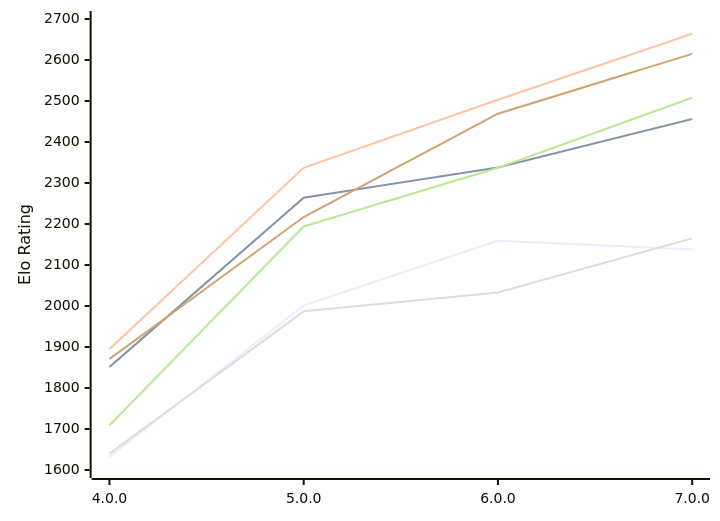
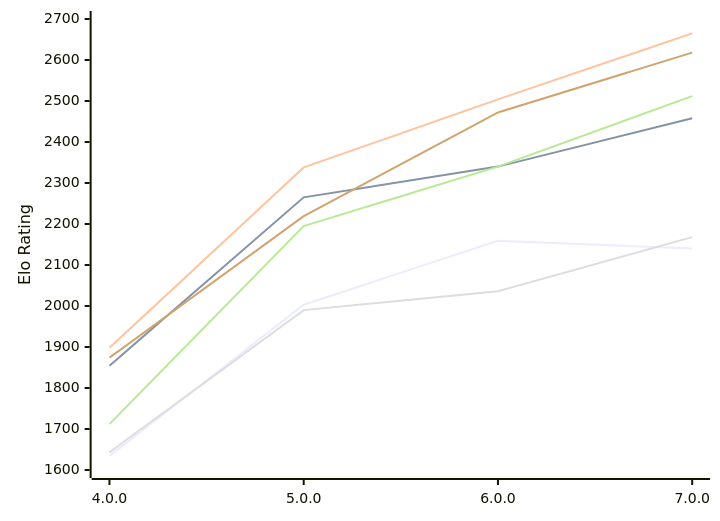
The first of 2 diagrams in engines/Laura.md (computer-chess-index/cci), drawn with Mermaid before and after one commit. The commit also changed other lines of this file, not shown here.

Commit message:
Update CCI Ratings (ELO VLTC) - 2026-11-24

````diff
--- a/engines/Laura.md
+++ b/engines/Laura.md
@@ -56,12 +56,12 @@
 ```mermaid
 %%{init: {"theme":"base","themeVariables":{"seriesColors:['#a3a3a3','#222221','#faa371']}}}%%
 xychart-beta
   x-axis ["4.0.0", "5.0.0", "6.0.0", "7.0.0"]
   y-axis "Elo Rating" 1600 --> 2700
-  line "E1: STC (8.0+0.08s)" [1632, 2001, 2159, 2138]
-  line "E1: LTC (60.0+0.60s)" [1851, 2264, 2338, 2456]
-  line "E1: VLTC (2m24s+1.12s)" [1895, 2337, 2503, 2664]
-  line "P1: STC (8.0+0.08s)" [1640, 1987, 2033, 2165]
-  line "P1: LTC (60.0+0.60s)" [1709, 2194, 2337, 2508]
-  line "P1: VLTC (2m24s+1.12s)" [1871, 2217, 2469, 2615]
+  line "E1: STC (8.0+0.08s)" [1634, 2003, 2159, 2140]
+  line "E1: LTC (60.0+0.60s)" [1854, 2265, 2340, 2458]
+  line "E1: VLTC (2m24s+1.12s)" [1898, 2338, 2504, 2665]
+  line "P1: STC (8.0+0.08s)" [1643, 1990, 2036, 2168]
+  line "P1: LTC (60.0+0.60s)" [1712, 2195, 2340, 2512]
+  line "P1: VLTC (2m24s+1.12s)" [1874, 2219, 2472, 2618]
 ```
````
